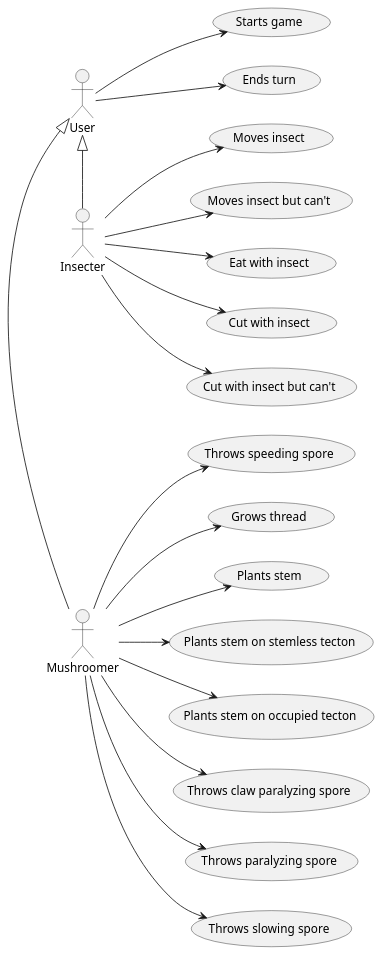
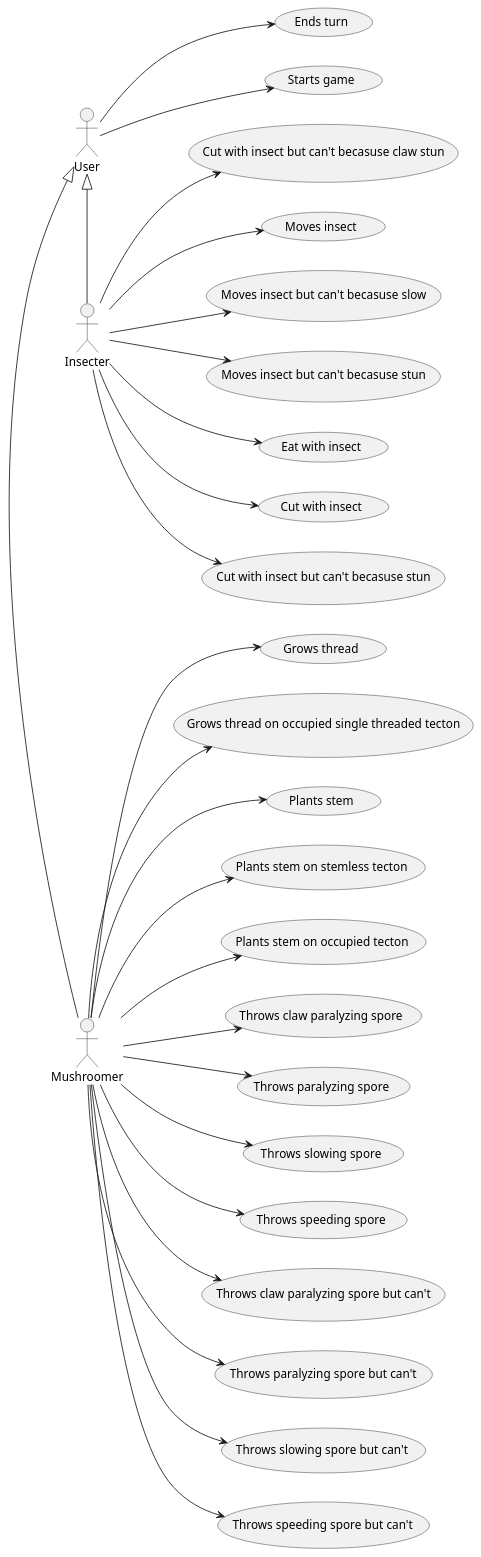
The diagram in 5/usecase/uc.puml (Petya-G/fungorium), drawn with PlantUML before and after one commit. The commit also changed 2 other files, not shown here.

```diff
--- a/5/usecase/uc.puml
+++ b/5/usecase/uc.puml
@@ -1,26 +1,35 @@
 @startuml player
 
 Mushroomer -left-|> User
 Insecter -left-|> User
 
 left to right direction
 User --> (Ends turn)
 User --> (Starts game)
 
 Mushroomer --> (Plants stem)
 Mushroomer --> (Plants stem on stemless tecton)
 Mushroomer --> (Plants stem on occupied tecton)
 'Mushroomer --> (Levels up stem)
 Mushroomer --> (Throws claw paralyzing spore)
 Mushroomer --> (Throws paralyzing spore)
 Mushroomer --> (Throws slowing spore)
 Mushroomer --> (Throws speeding spore)
+
+Mushroomer --> (Throws claw paralyzing spore but can't)
+Mushroomer --> (Throws paralyzing spore but can't)
+Mushroomer --> (Throws slowing spore but can't)
+Mushroomer --> (Throws speeding spore but can't)
+
 Mushroomer --> (Grows thread)
+Mushroomer --> (Grows thread on occupied single threaded tecton)
 
 Insecter --> (Moves insect)
-Insecter --> (Moves insect but can't)
+Insecter --> (Moves insect but can't becasuse slow)
+Insecter --> (Moves insect but can't becasuse stun)
 Insecter --> (Eat with insect)
 Insecter --> (Cut with insect)
-Insecter --> (Cut with insect but can't)
+Insecter --> (Cut with insect but can't becasuse stun)
+Insecter --> (Cut with insect but can't becasuse claw stun)
 
 @enduml
```
